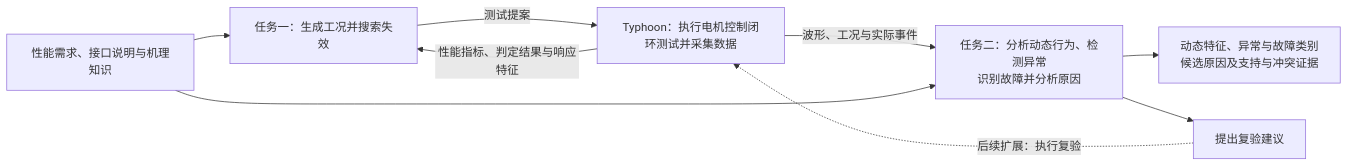
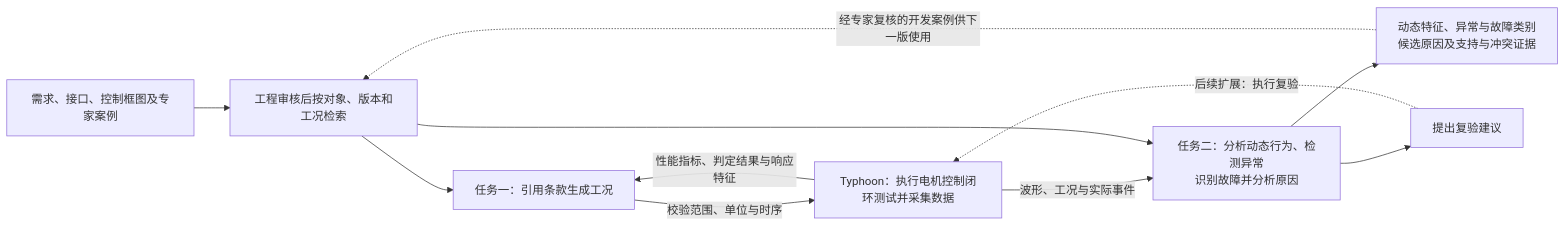
The first of 3 diagrams in docs/research/2026-11-11-hil-ai-selection/discussion-brief.md (LYX2LK/Typhoon-HIL-lab-workflow), drawn with Mermaid before and after one commit. The commit also changed other lines of this file and 8 other files, not shown here.

````diff
--- a/docs/research/2026-11-11-hil-ai-selection/discussion-brief.md
+++ b/docs/research/2026-11-11-hil-ai-selection/discussion-brief.md
@@ -20,11 +20,13 @@
 ```mermaid
 flowchart LR
-    K["性能需求、接口说明与机理知识"] --> A["任务一：生成工况并搜索失效"]
-    A -->|测试提案| E["Typhoon：执行电机控制闭环测试并采集数据"]
+    S["需求、接口、控制框图及专家案例"] --> K["工程审核后按对象、版本和工况检索"]
+    K --> A["任务一：引用条款生成工况"]
+    A -->|校验范围、单位与时序| E["Typhoon：执行电机控制闭环测试并采集数据"]
     E -->|性能指标、判定结果与响应特征| A
     E -->|波形、工况与实际事件| B["任务二：分析动态行为、检测异常<br/>识别故障并分析原因"]
     K --> B
     B --> O["动态特征、异常与故障类别<br/>候选原因及支持与冲突证据"]
+    O -.->|经专家复核的开发案例供下一版使用| K
     B --> R["提出复验建议"]
     R -.->|后续扩展：执行复验| E
 ```
````
